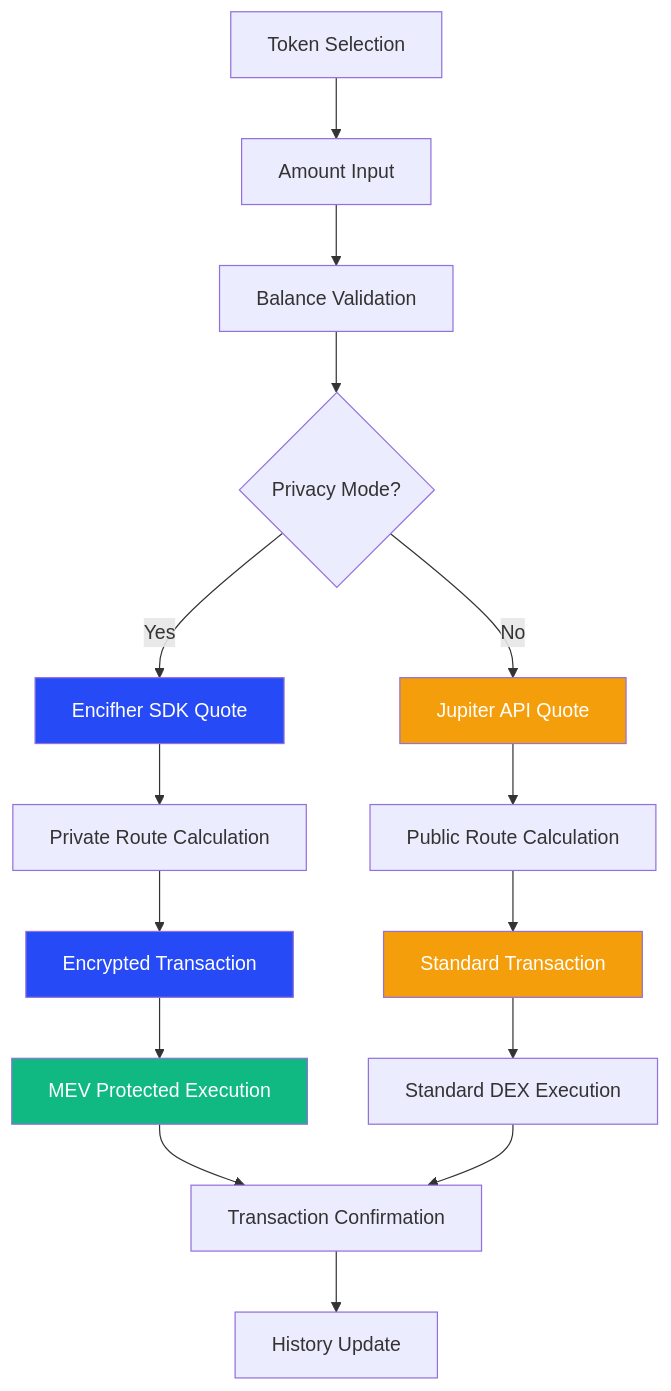
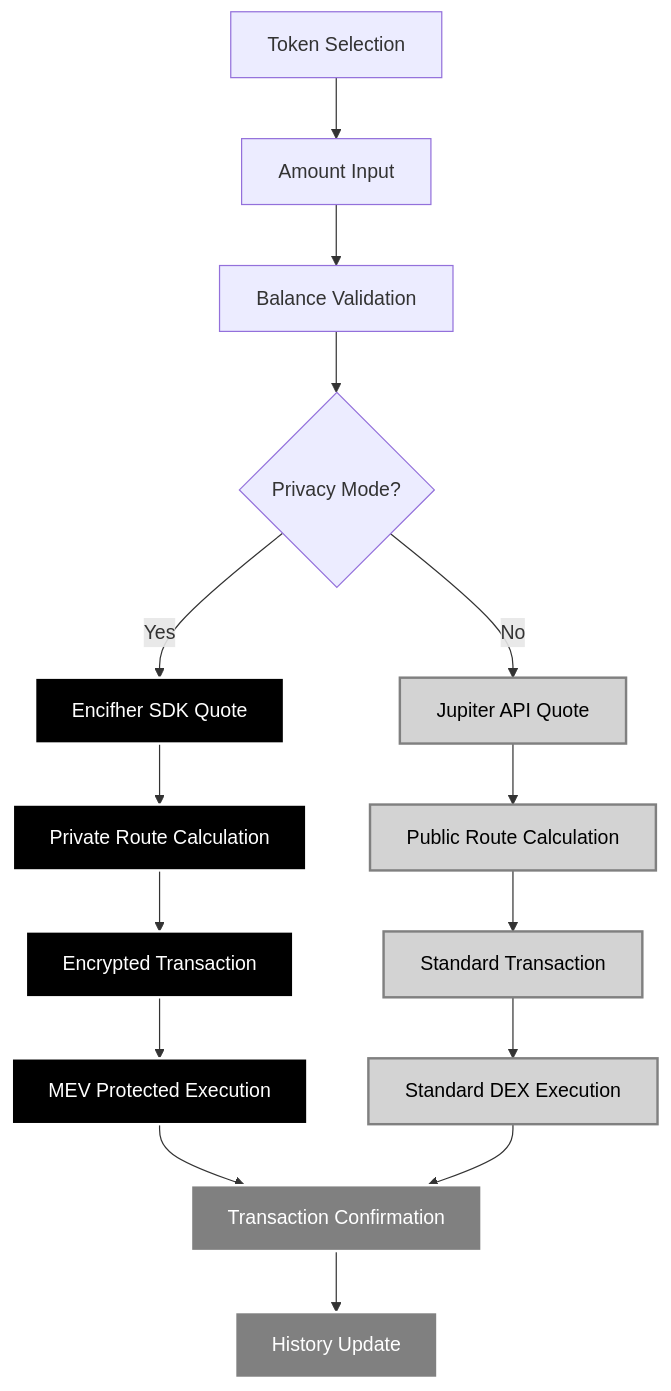
The third of 9 diagrams in WHAT.md (WaveTek-co/WaveSwap), drawn with Mermaid before and after one commit. The commit also changed other lines of this file and 56 other files, not shown here.

````diff
--- a/WHAT.md
+++ b/WHAT.md
@@ -87,29 +93,32 @@
 ```mermaid
 flowchart TD
     A[Token Selection] --> B[Amount Input]
     B --> C[Balance Validation]
     C --> D{Privacy Mode?}
 
     D -->|Yes| E[Encifher SDK Quote]
     D -->|No| F[Jupiter API Quote]
 
     E --> G[Private Route Calculation]
     F --> H[Public Route Calculation]
 
     G --> I[Encrypted Transaction]
     H --> J[Standard Transaction]
 
     I --> K[MEV Protected Execution]
     J --> L[Standard DEX Execution]
 
     K --> M[Transaction Confirmation]
     L --> M
 
     M --> N[History Update]
 
-    style E fill:#264af5,color:#fff
-    style I fill:#264af5,color:#fff
-    style K fill:#10b981,color:#fff
-    style F fill:#f59e0b,color:#fff
-    style J fill:#f59e0b,color:#fff
+    classDef orcaPrimary fill:#000000,color:#ffffff,stroke:#ffffff,stroke-width:2px
+    classDef orcaSecondary fill:#ffffff,color:#000000,stroke:#000000,stroke-width:2px
+    classDef orcaSuccess fill:#808080,color:#ffffff,stroke:#ffffff,stroke-width:2px
+    classDef orcaWarning fill:#d3d3d3,color:#000000,stroke:#808080,stroke-width:2px
+
+    class E,G,I,K orcaPrimary
+    class F,H,J,L orcaWarning
+    class M,N orcaSuccess
 ```
````
